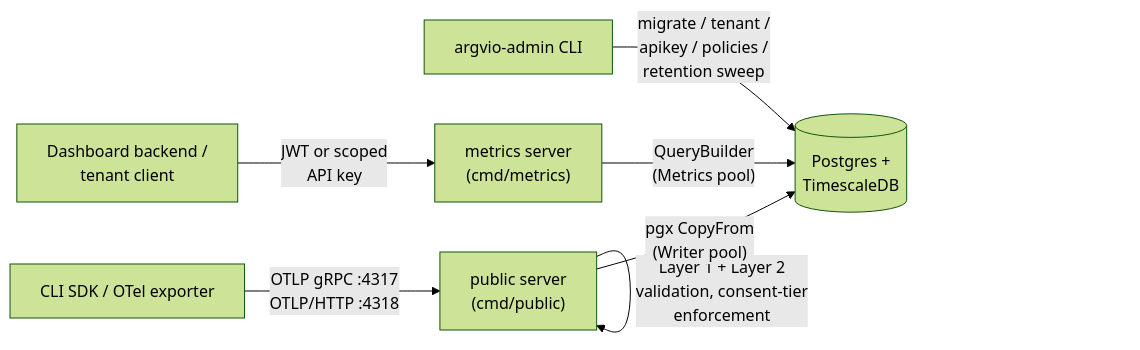
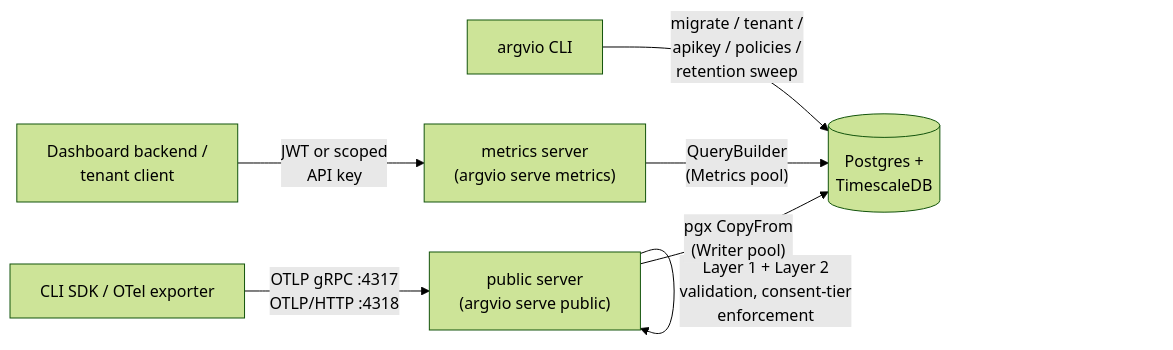
Before and after one commit to getargvio/argvio: the diagram in docs/architecture.md, drawn with Mermaid (forest theme). The commit also changed other lines of this file and 34 other files, not shown here.

Commit message:
refactor: consolidate public/metrics/admin into one argvio binary

````diff
--- a/docs/architecture.md
+++ b/docs/architecture.md
@@ -11,9 +12,9 @@
 ```mermaid
 flowchart LR
-    SDK["CLI SDK / OTel exporter"] -->|"OTLP gRPC :4317\nOTLP/HTTP :4318"| PUB["public server\n(cmd/public)"]
+    SDK["CLI SDK / OTel exporter"] -->|"OTLP gRPC :4317\nOTLP/HTTP :4318"| PUB["public server\n(argvio serve public)"]
     PUB -->|"Layer 1 + Layer 2\nvalidation, consent-tier\nenforcement"| PUB
     PUB -->|"pgx CopyFrom\n(Writer pool)"| PG[("Postgres +\nTimescaleDB")]
-    MET["metrics server\n(cmd/metrics)"] -->|"QueryBuilder\n(Metrics pool)"| PG
+    MET["metrics server\n(argvio serve metrics)"] -->|"QueryBuilder\n(Metrics pool)"| PG
     DASH["Dashboard backend /\ntenant client"] -->|"JWT or scoped\nAPI key"| MET
-    ADMIN["argvio-admin CLI"] -->|"migrate / tenant /\napikey / policies /\nretention sweep"| PG
+    ADMIN["argvio CLI"] -->|"migrate / tenant /\napikey / policies /\nretention sweep"| PG
 ```
````
